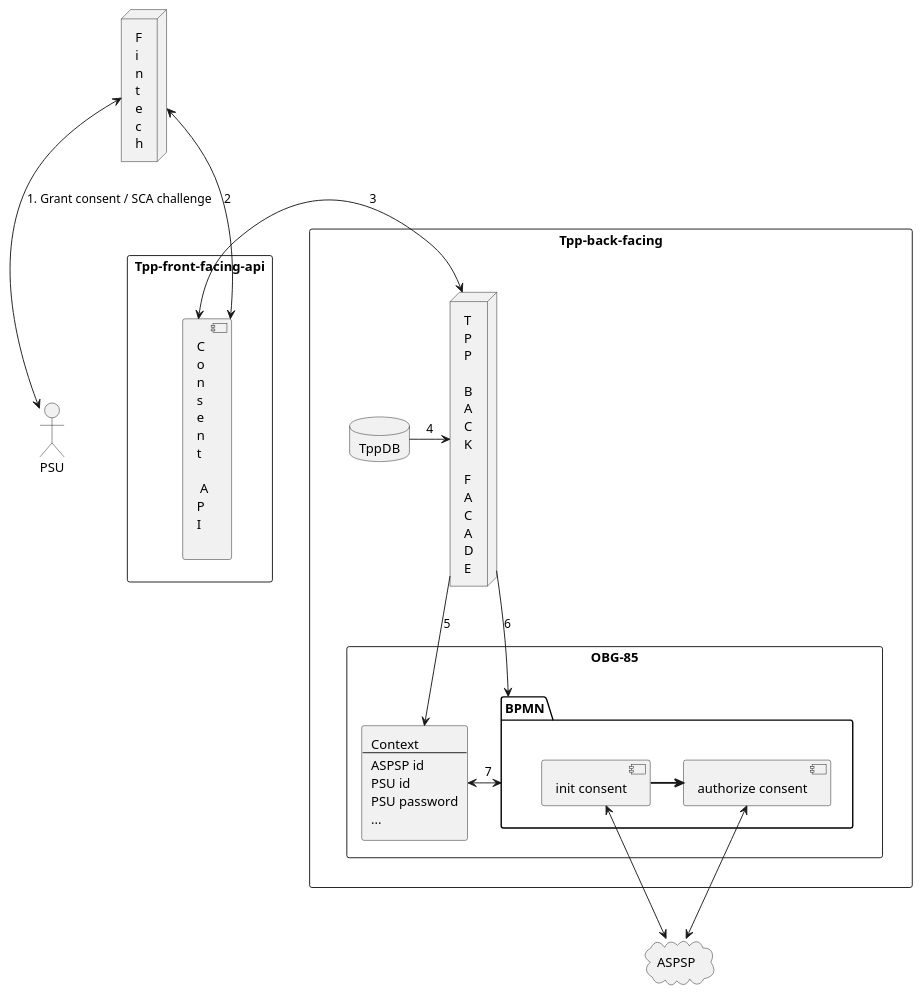
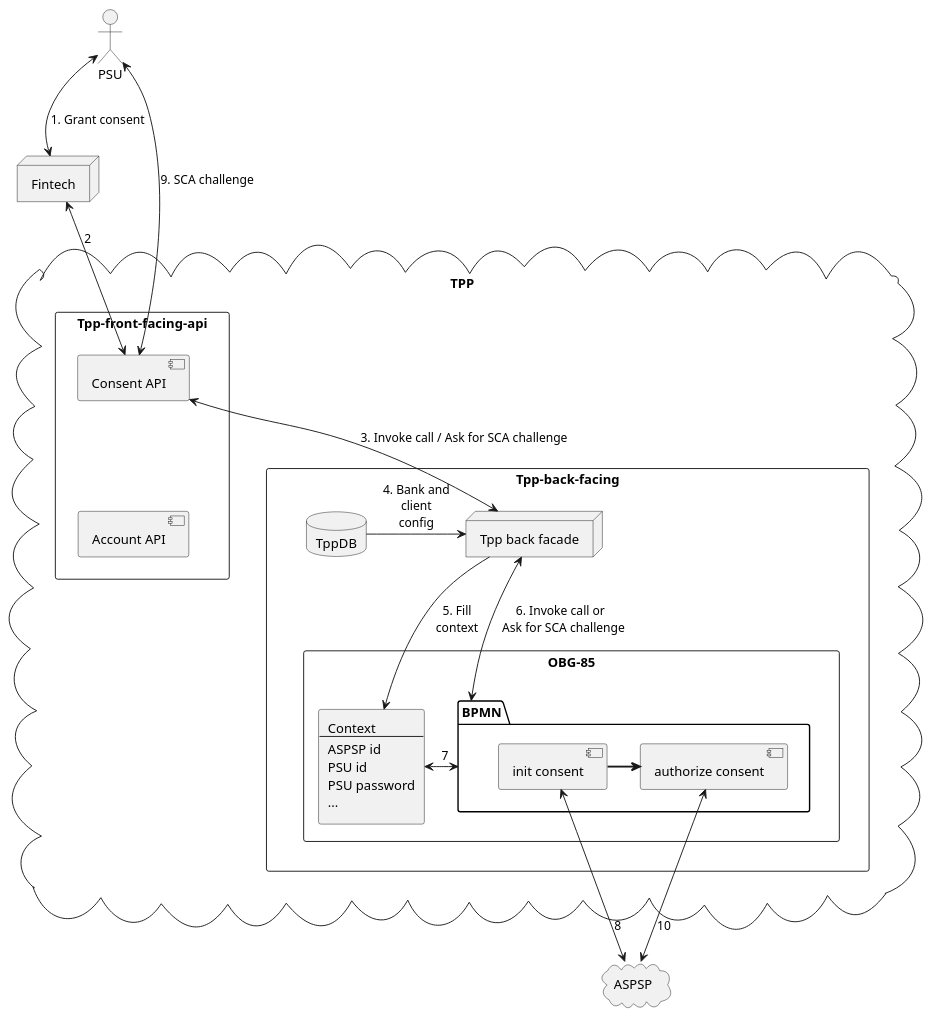
Before and after one commit to adorsys/open-banking-gateway: the diagram in core/arch-layout.puml, drawn with PlantUML. The commit also changed 1 other file, not shown here.

Commit message:
OBG-85. Updated arch-layout

```diff
--- a/core/arch-layout.puml
+++ b/core/arch-layout.puml
@@ -1,49 +1,55 @@
 @startuml
 actor PSU
-node "F\ni\nn\nt\ne\nc\nh" as fintech
+node "Fintech" as fintech
 
-rectangle Tpp-front-facing-api as frontFace {
-  [C\no\nn\ns\ne\nn\nt\n\n A\nP\nI\n] as consent
-}
+cloud TPP {
+    rectangle Tpp-front-facing-api as frontFace {
+      [Consent API] as consent
+      [Account API] as account
 
-rectangle Tpp-back-facing as backFace {
-  node "T\nP\nP\n\nB\nA\nC\nK\n\nF\nA\nC\nA\nD\nE" as facade
-  database TppDB
+      consent -[hidden]down-> account
+    }
 
-  rectangle OBG-85 {
-    rectangle context [
-      Context
-      ---
-      ASPSP id
-      PSU id
-      PSU password
-      ...
-    ]
+    rectangle Tpp-back-facing as backFace {
+      node "Tpp back facade" as facade
+      database TppDB
 
-    package BPMN {
-      [init consent] as initConsent
-      [authorize consent] as authorizeConsent
+      rectangle OBG-85 {
+        rectangle context [
+          Context
+          ---
+          ASPSP id
+          PSU id
+          PSU password
+          ...
+        ]
 
-      initConsent =right=> authorizeConsent
+        package BPMN {
+          [init consent] as initConsent
+          [authorize consent] as authorizeConsent
+
+          initConsent =right=> authorizeConsent
+        }
+      }
     }
-  }
 }
 
 cloud ASPSP
 
-PSU <--> fintech : 1. Grant consent / SCA challenge
+PSU <--> fintech : 1. Grant consent
 fintech <--> consent : 2
-consent <--> facade : 3
-facade <-left- TppDB : 4
-facade --> context : 5
-facade --> BPMN : 6
+consent <--> facade : 3. Invoke call / Ask for SCA challenge
+facade <-left- TppDB : 4. Bank and\nclient\nconfig
+facade --> context : 5. Fill\ncontext
+facade <--> BPMN : 6. Invoke call or \n Ask for SCA challenge
 BPMN <-left-> context : 7
-initConsent <-down-> ASPSP
-authorizeConsent <-right-> ASPSP
+initConsent <-down-> ASPSP: 8
+authorizeConsent <-right-> ASPSP : 10
+consent <-up-> PSU : 9. SCA challenge
 
-PSU -[hidden]left-> fintech
-fintech -[hidden]left-> frontFace
-PSU -[hidden]left-> backFace
-PSU -[hidden]left-> frontFace
+'PSU -[hidden]left-> fintech
+'fintech -[hidden]left-> frontFace
+'PSU -[hidden]left-> backFace
+'PSU -[hidden]left-> frontFace
 frontFace -[hidden]left-> backFace
 @enduml
```
